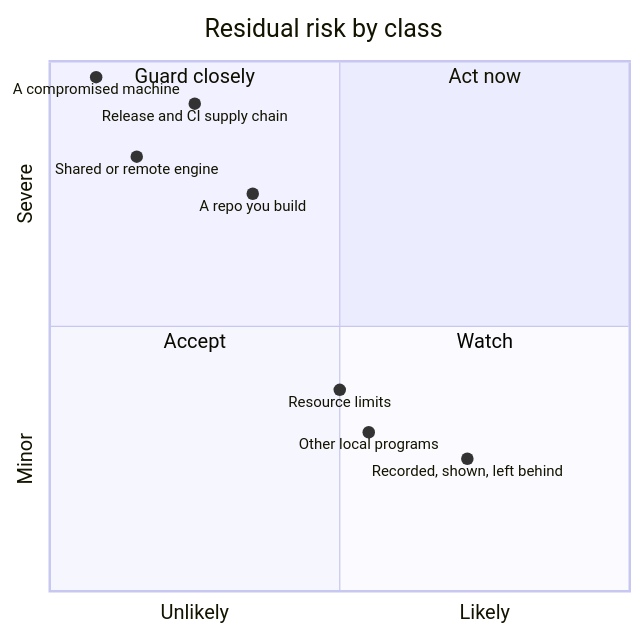
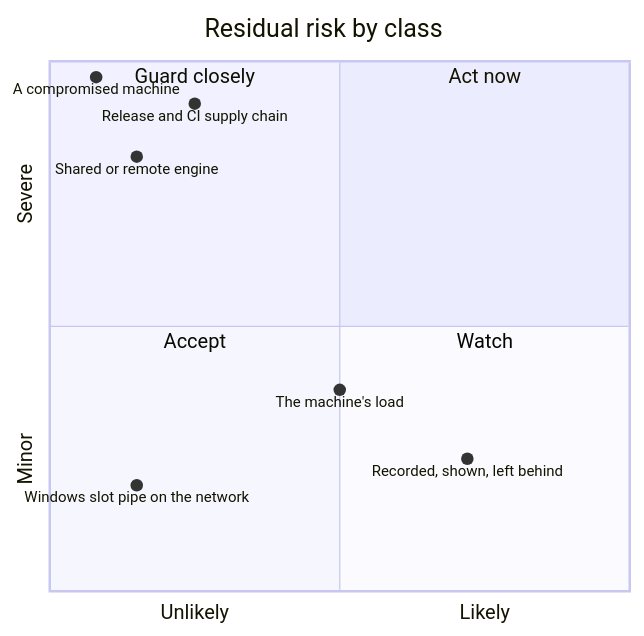
The first of 2 diagrams in docs/threat-model.md (mephistopheles4/athanor), drawn with Mermaid before and after one commit. The commit also changed other lines of this file and 4 other files, not shown here.

````diff
--- a/docs/threat-model.md
+++ b/docs/threat-model.md
@@ -15,17 +15,16 @@
 ```mermaid
 quadrantChart
   title Residual risk by class
   x-axis Unlikely --> Likely
   y-axis Minor --> Severe
   quadrant-1 Act now
   quadrant-2 Guard closely
   quadrant-3 Accept
   quadrant-4 Watch
-  A repo you build: [0.35, 0.75]
-  Other local programs: [0.55, 0.30]
+  Windows slot pipe on the network: [0.15, 0.20]
   A compromised machine: [0.08, 0.97]
   Shared or remote engine: [0.15, 0.82]
-  Resource limits: [0.50, 0.38]
+  The machine's load: [0.50, 0.38]
   Recorded, shown, left behind: [0.72, 0.25]
   Release and CI supply chain: [0.25, 0.92]
 ```
````
